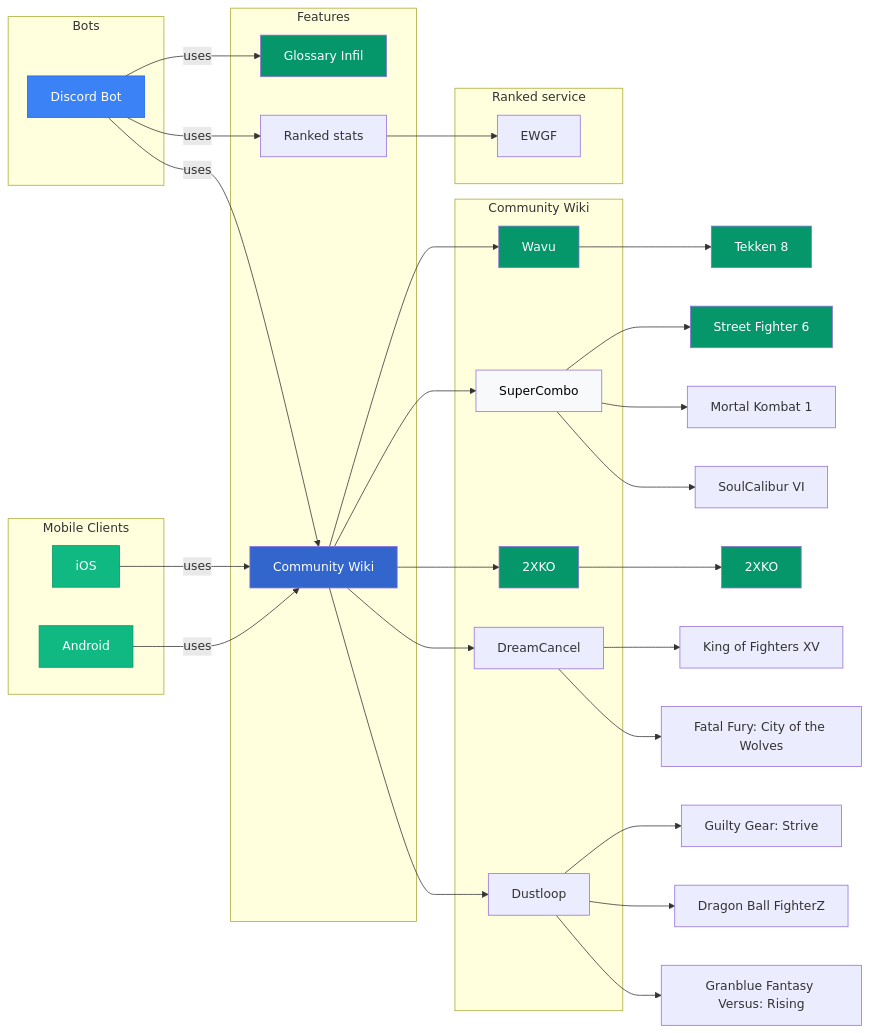
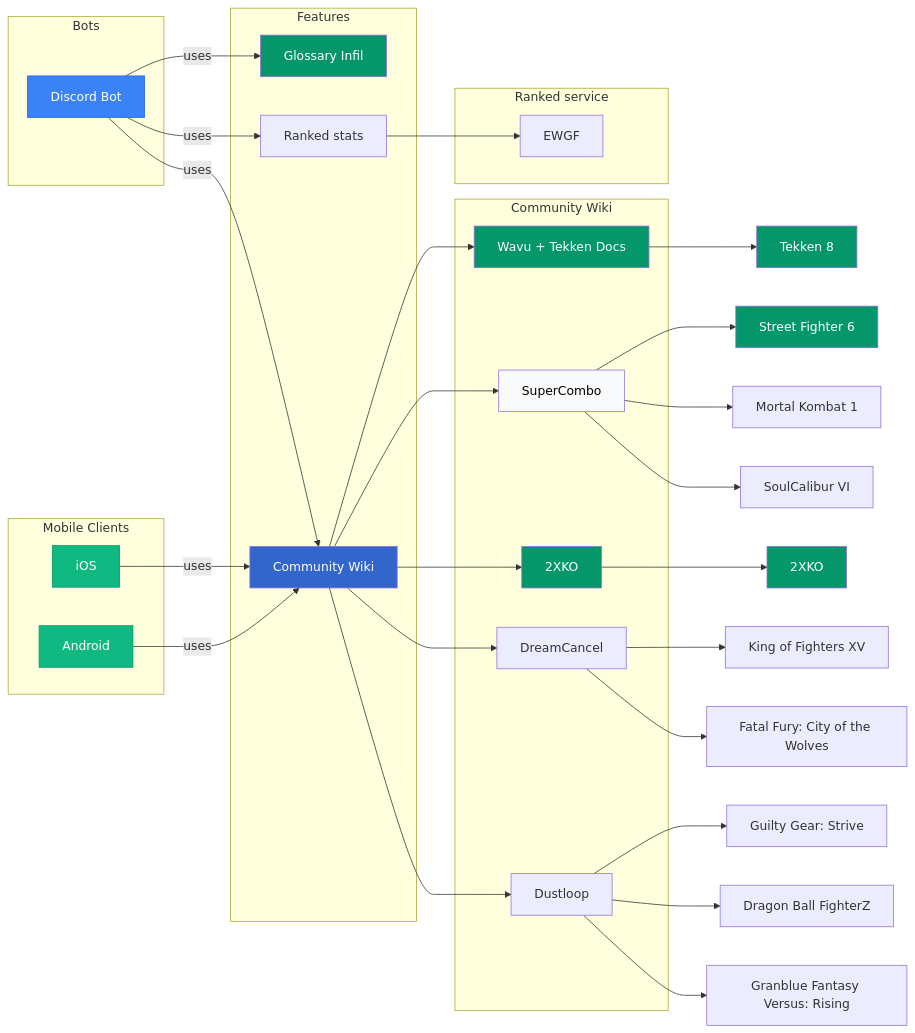
Before and after one commit to Sophon/FightingNerd: the diagram in mermaid/modules.mmd, drawn with Mermaid. The commit also changed 2 other files, not shown here.

```diff
--- a/mermaid/modules.mmd
+++ b/mermaid/modules.mmd
@@ -1,66 +1,66 @@
 graph LR
     subgraph Bots
         discordBot[Discord Bot]
     end
 
     subgraph "Mobile Clients"
         android[Android]
         iOS[iOS]
     end
 
     subgraph Features
         glossaryInfil[Glossary Infil]
         communityWiki[Community Wiki]
         elo[Ranked stats]
     end
 
     subgraph Community Wiki
-        wikiWavu[Wavu]
+        wikiWavu[Wavu + Tekken Docs]
         supercombo[SuperCombo]
         2xko[2XKO]
         dustloop[Dustloop]
         dreamcancel[DreamCancel]
     end
 
     subgraph Ranked service
         ewgf[EWGF]
     end
 
     android -->|uses| communityWiki
     iOS -->|uses| communityWiki
 
     discordBot -->|uses| glossaryInfil
     discordBot -->|uses| communityWiki
     discordBot -->|uses| elo
 
     communityWiki --> wikiWavu
     communityWiki --> supercombo
     communityWiki --> 2xko
     communityWiki --> dreamcancel
     communityWiki --> dustloop
 
     elo --> ewgf
 
     wikiWavu --> t8[Tekken 8]
     supercombo --> sf6[Street Fighter 6]
     supercombo --> mk1[Mortal Kombat 1]
     supercombo --> sc6[SoulCalibur VI]
     dustloop --> ggst[Guilty Gear: Strive]
     dustloop --> dbfz[Dragon Ball FighterZ]
     dustloop --> gbvsr[Granblue Fantasy Versus: Rising]
     2xko --> xko[2XKO]
     dreamcancel --> kof15[King of Fighters XV]
     dreamcancel --> cotw[Fatal Fury: City of the Wolves]
 
 
     style discordBot fill:#3B82F6,stroke:#2563EB,color:#fff
     style android fill:#10B981,stroke:#059669,color:#fff
     style iOS fill:#10B981,stroke:#059669,color:#fff
     style glossaryInfil fill:#059669,color:#fff
     style communityWiki fill:#3366CC,color:#fff
     style wikiWavu fill:#059669,color:#fff
     style supercombo fill:#F8F9FA,color:#000000
     style 2xko fill:#059669,color:#fff
     style t8 fill:#059669, color:#fff
     style sf6 fill:#059669, color:#fff
     style xko fill:#059669, color:#fff
```
